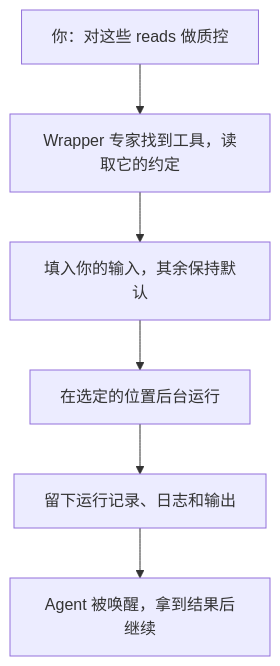
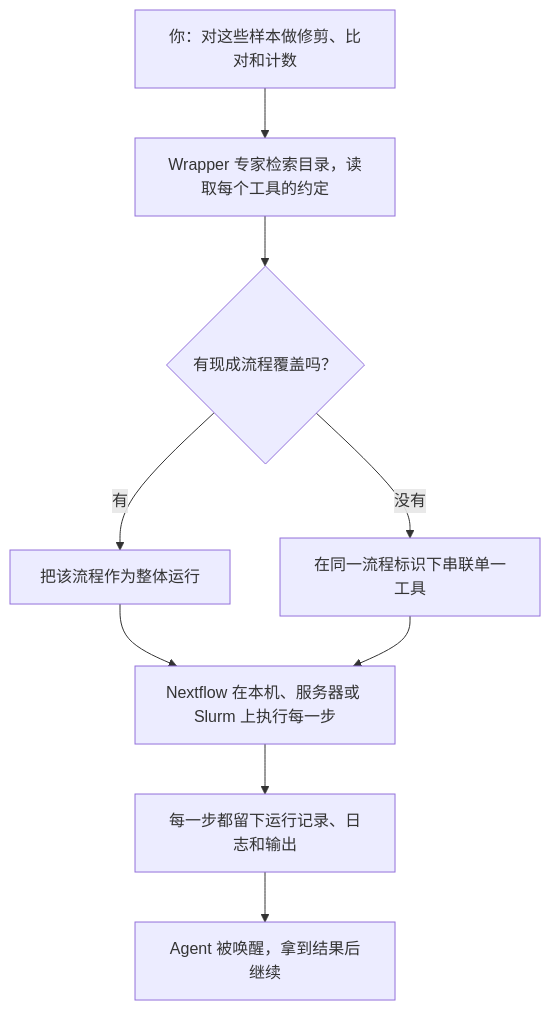
The diagram in README.zh-CN.md (dxsbiocc/phi), drawn with Mermaid before and after one commit. The commit also changed other lines of this file and 1 other file, not shown here.

Commit message:
docs: Explain Wrappers as atomic Nextflow steps the agent composes or runs as defined workflows

````diff
--- a/README.zh-CN.md
+++ b/README.zh-CN.md
@@ -36,8 +45,11 @@
 ```mermaid
 flowchart TD
-    A["你：对这些 reads 做质控"] --> B["Wrapper 专家找到工具，读取它的约定"]
-    B --> C["填入你的输入，其余保持默认"]
-    C --> D["在选定的位置后台运行"]
-    D --> E["留下运行记录、日志和输出"]
-    E --> F["Agent 被唤醒，拿到结果后继续"]
+    A["你：对这些样本做修剪、比对和计数"] --> B["Wrapper 专家检索目录，读取每个工具的约定"]
+    B --> C{"有现成流程覆盖吗？"}
+    C -- "有" --> D["把该流程作为整体运行"]
+    C -- "没有" --> E["在同一流程标识下串联单一工具"]
+    D --> F["Nextflow 在本机、服务器或 Slurm 上执行每一步"]
+    E --> F
+    F --> G["每一步都留下运行记录、日志和输出"]
+    G --> H["Agent 被唤醒，拿到结果后继续"]
 ```
````
